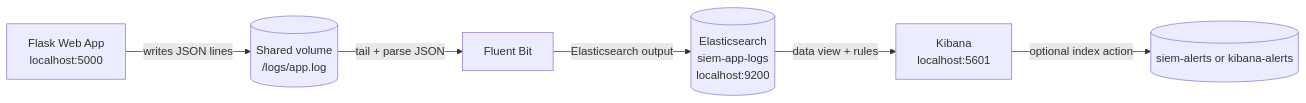
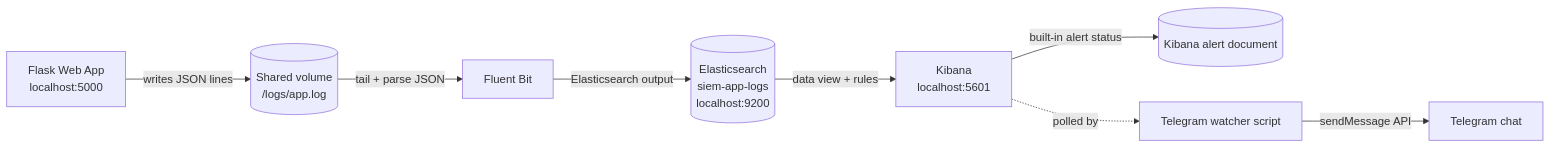
Before and after one commit to egraPA006/ssd-SIEM: the diagram in docs/diagrams/architecture.md, drawn with Mermaid. The commit also changed other lines of this file and 9 other files, not shown here.

````diff
--- a/docs/diagrams/architecture.md
+++ b/docs/diagrams/architecture.md
@@ -3,8 +3,10 @@
 ```mermaid
 flowchart LR
     A[Flask Web App<br/>localhost:5000] -->|writes JSON lines| L[(Shared volume<br/>/logs/app.log)]
     L -->|tail + parse JSON| F[Fluent Bit]
     F -->|Elasticsearch output| E[(Elasticsearch<br/>siem-app-logs<br/>localhost:9200)]
     E -->|data view + rules| K[Kibana<br/>localhost:5601]
-    K -->|optional index action| X[(siem-alerts or kibana-alerts)]
+    K -->|built-in alert status| I[(Kibana alert document)]
+    K -. polled by .-> W[Telegram watcher script]
+    W -->|sendMessage API| T[Telegram chat]
 ```
````
